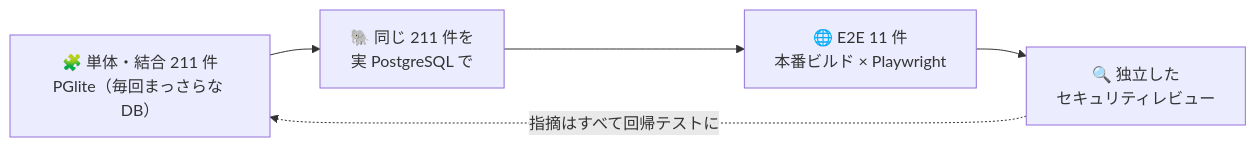
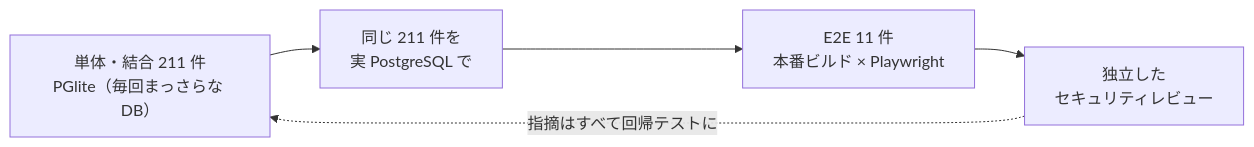
The ninth of 10 diagrams in README.md (bright-broom/HeyHey), drawn with Mermaid before and after one commit. The commit also changed other lines of this file, not shown here.

````diff
--- a/README.md
+++ b/README.md
@@ -347,7 +347,7 @@
 ```mermaid
 flowchart LR
-    U["🧩 単体・結合 211 件<br/>PGlite（毎回まっさらな DB）"] --> PG["🐘 同じ 211 件を<br/>実 PostgreSQL で"]
-    PG --> E["🌐 E2E 11 件<br/>本番ビルド × Playwright"]
-    E --> R["🔍 独立した<br/>セキュリティレビュー"]
+    U["単体・結合 211 件<br/>PGlite（毎回まっさらな DB）"] --> PG["同じ 211 件を<br/>実 PostgreSQL で"]
+    PG --> E["E2E 11 件<br/>本番ビルド × Playwright"]
+    E --> R["独立した<br/>セキュリティレビュー"]
     R -. "指摘はすべて回帰テストに" .-> U
 ```
````
